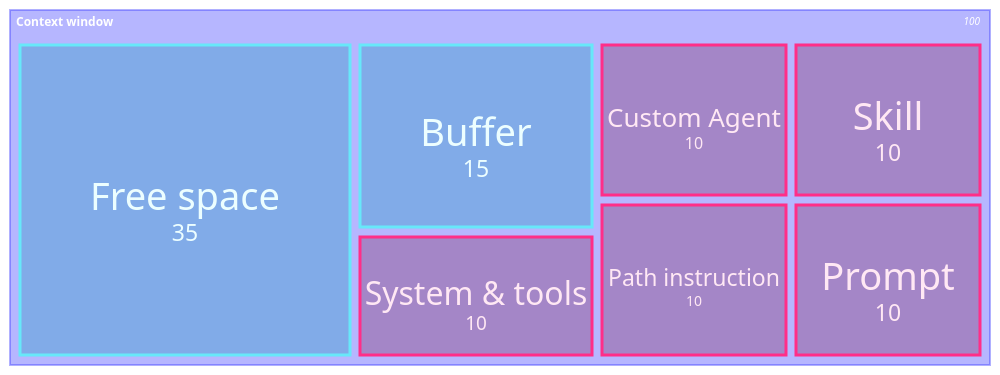
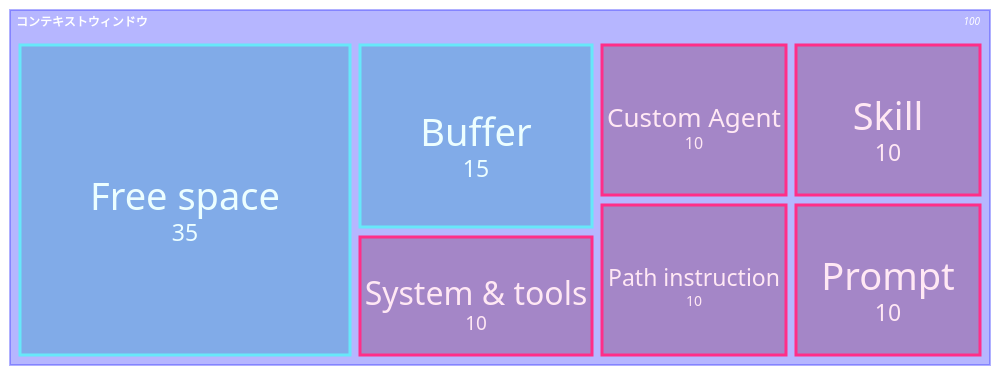
One commit to theomonfort/theomonfort changed the fourth of 6 diagrams in src/content/playbook/ja/context-engineering.md. Above: the diagram before and after it, drawn with Mermaid. The commit also changed other lines of this file and 17 other files, not shown here.

````diff
--- a/src/content/playbook/ja/context-engineering.md
+++ b/src/content/playbook/ja/context-engineering.md
@@ -85,13 +85,13 @@
 ```mermaid
 treemap-beta
-"Context window"
+"コンテキストウィンドウ"
   "System & tools": 10:::used
   "Custom Agent": 10:::used
   "Path instruction": 10:::used
   "Skill": 10:::used
   "Prompt": 10:::used
   "Free space": 35:::free
   "Buffer": 15:::free
 classDef used fill:#7a1748,stroke:#ff2e88,color:#ffe8f4
 classDef free fill:#0891b2,stroke:#67e8f9,color:#ecfeff
 ```
````
